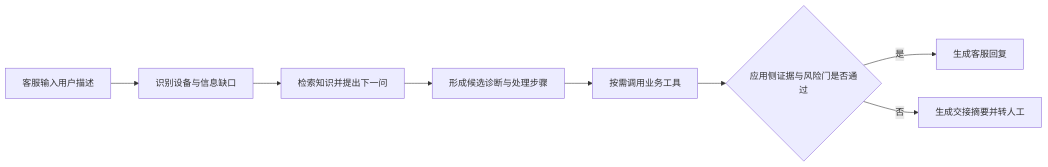
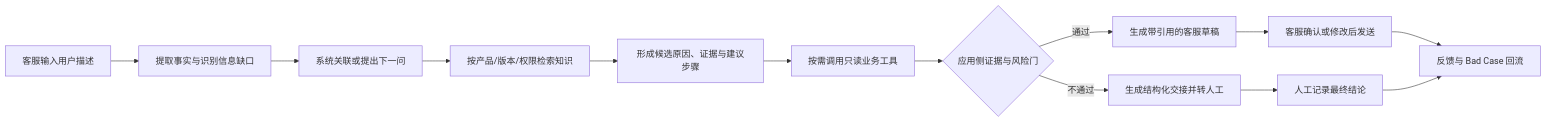
One commit to HieronymusF/DeviceCareAgent changed the diagram in PROJECT_PROPOSAL.md. Above: the diagram before and after it, drawn with Mermaid. The commit also changed other lines of this file and 26 other files, not shown here.

````diff
--- a/PROJECT_PROPOSAL.md
+++ b/PROJECT_PROPOSAL.md
@@ -62,10 +286,15 @@
 ```mermaid
 flowchart LR
-    A["客服输入用户描述"] --> B["识别设备与信息缺口"]
-    B --> C["检索知识并提出下一问"]
-    C --> D["形成候选诊断与处理步骤"]
-    D --> E["按需调用业务工具"]
-    E --> F{"应用侧证据与风险门是否通过"}
-    F -->|是| G["生成客服回复"]
-    F -->|否| H["生成交接摘要并转人工"]
+    A["客服输入用户描述"] --> B["提取事实与识别信息缺口"]
+    B --> C["系统关联或提出下一问"]
+    C --> D["按产品/版本/权限检索知识"]
+    D --> E["形成候选原因、证据与建议步骤"]
+    E --> F["按需调用只读业务工具"]
+    F --> G{"应用侧证据与风险门"}
+    G -->|通过| H["生成带引用的客服草稿"]
+    G -->|不通过| I["生成结构化交接并转人工"]
+    H --> J["客服确认或修改后发送"]
+    I --> K["人工记录最终结论"]
+    J --> L["反馈与 Bad Case 回流"]
+    K --> L
 ```
````
